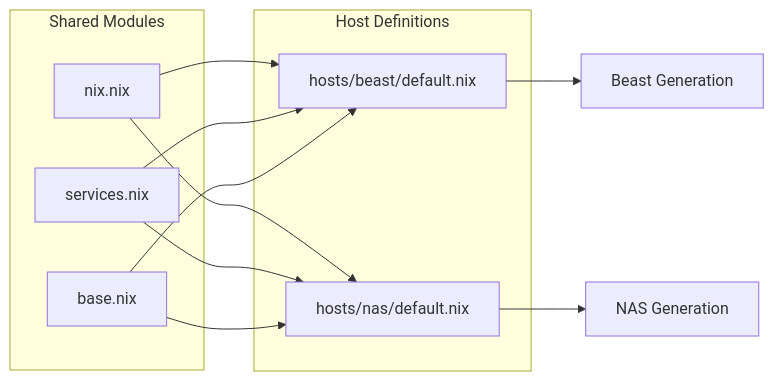
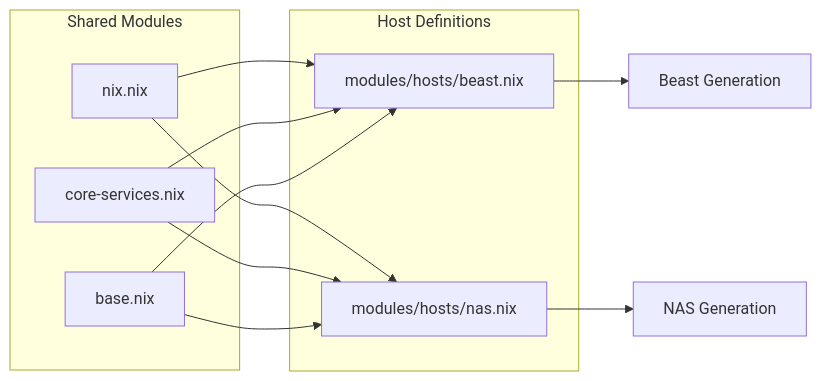
The diagram in docs/System-Modules.md (Cody-W-Tucker/nix-config), drawn with Mermaid before and after one commit. The commit also changed other lines of this file and 35 other files, not shown here.

````diff
--- a/docs/System-Modules.md
+++ b/docs/System-Modules.md
@@ -55,22 +55,22 @@
 ```mermaid
 flowchart LR
     OUT_B["Beast Generation"]
     OUT_N["NAS Generation"]
     subgraph subGraph1 ["Host Definitions"]
-        H_BEAST["hosts/beast/default.nix"]
-        H_NAS["hosts/nas/default.nix"]
+        H_BEAST["modules/hosts/beast.nix"]
+        H_NAS["modules/hosts/nas.nix"]
     end
     subgraph subGraph0 ["Shared Modules"]
         M_NIX["nix.nix"]
-        M_SVC["services.nix"]
+        M_SVC["core-services.nix"]
         M_BASE["base.nix"]
     end
     M_NIX --> H_BEAST
     M_SVC --> H_BEAST
     M_BASE --> H_BEAST
     M_NIX --> H_NAS
     M_SVC --> H_NAS
     M_BASE --> H_NAS
     H_BEAST --> OUT_B
     H_NAS --> OUT_N
 ```
````
